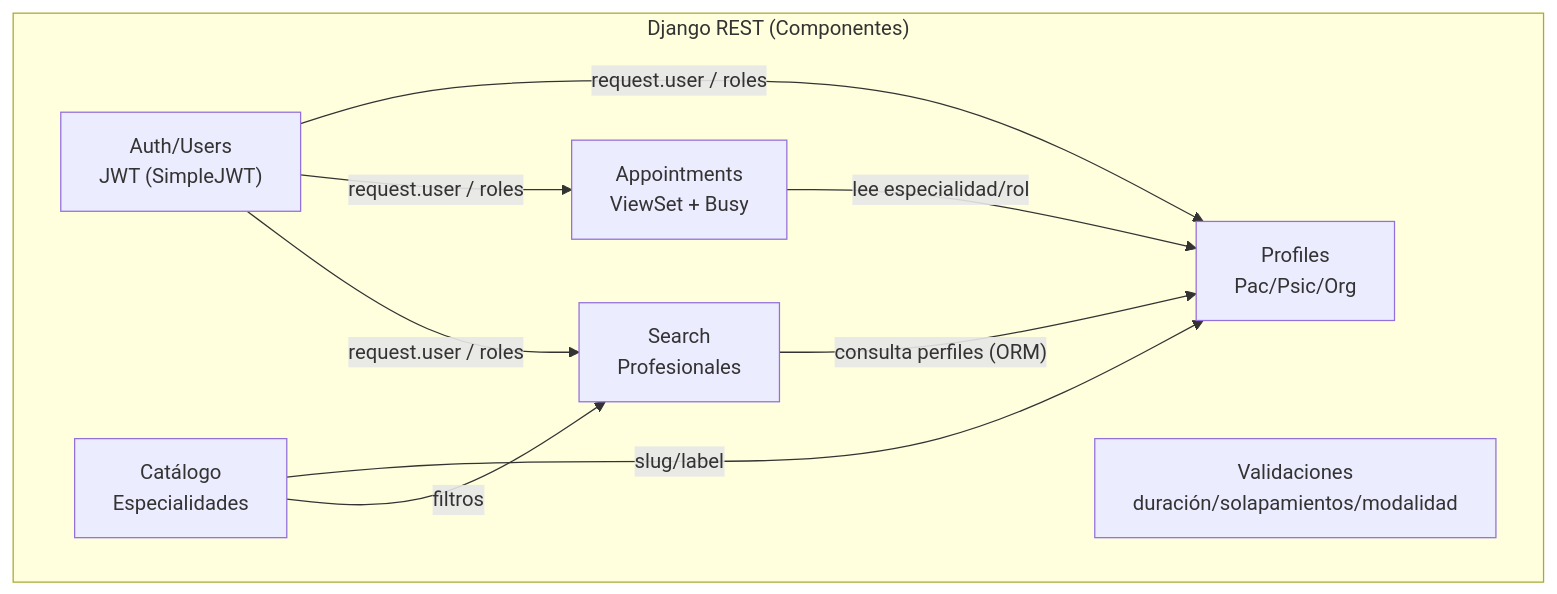
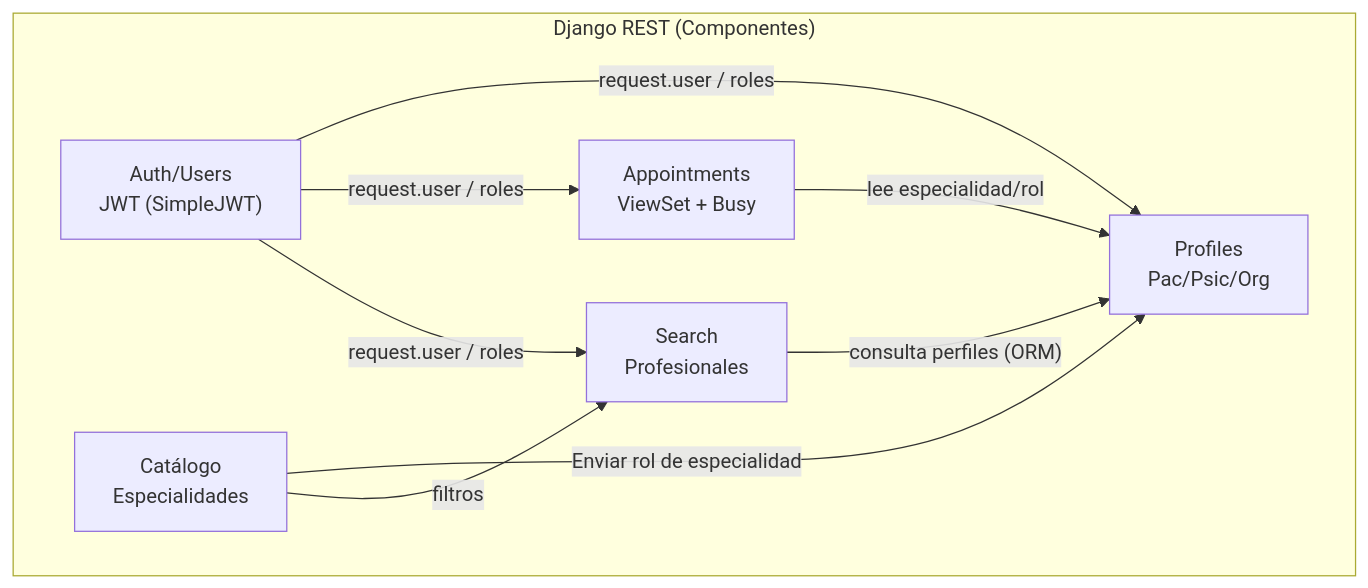
The second of 2 diagrams in README.md (JoaquinMadari/Capstone_PsicoLink), drawn with Mermaid before and after one commit. The commit also changed other lines of this file, not shown here.

````diff
--- a/README.md
+++ b/README.md
@@ -52,23 +49,22 @@
 ```mermaid
 
 flowchart TB
   subgraph "Django REST (Componentes)"
     Auth["Auth/Users<br/>JWT (SimpleJWT)"]
     Profiles["Profiles<br/>Pac/Psic/Org"]
     Catalog["Catálogo<br/>Especialidades"]
     Search["Search<br/>Profesionales"]
     Appointments["Appointments<br/>ViewSet + Busy"]
-    Validators["Validaciones<br/>duración/solapamientos/modalidad"]
   end
 
   %% Quién usa a quién (dependencias internas)
   Auth -- "request.user / roles" --> Profiles
   Auth -- "request.user / roles" --> Appointments
   Auth -- "request.user / roles" --> Search
 
-  Catalog -- "slug/label" --> Profiles
+  Catalog -- "Enviar rol de especialidad" --> Profiles
   Catalog -- "filtros" --> Search
 
   Search -- "consulta perfiles (ORM)" --> Profiles
   Appointments -- "lee especialidad/rol" --> Profiles
 ```
````
